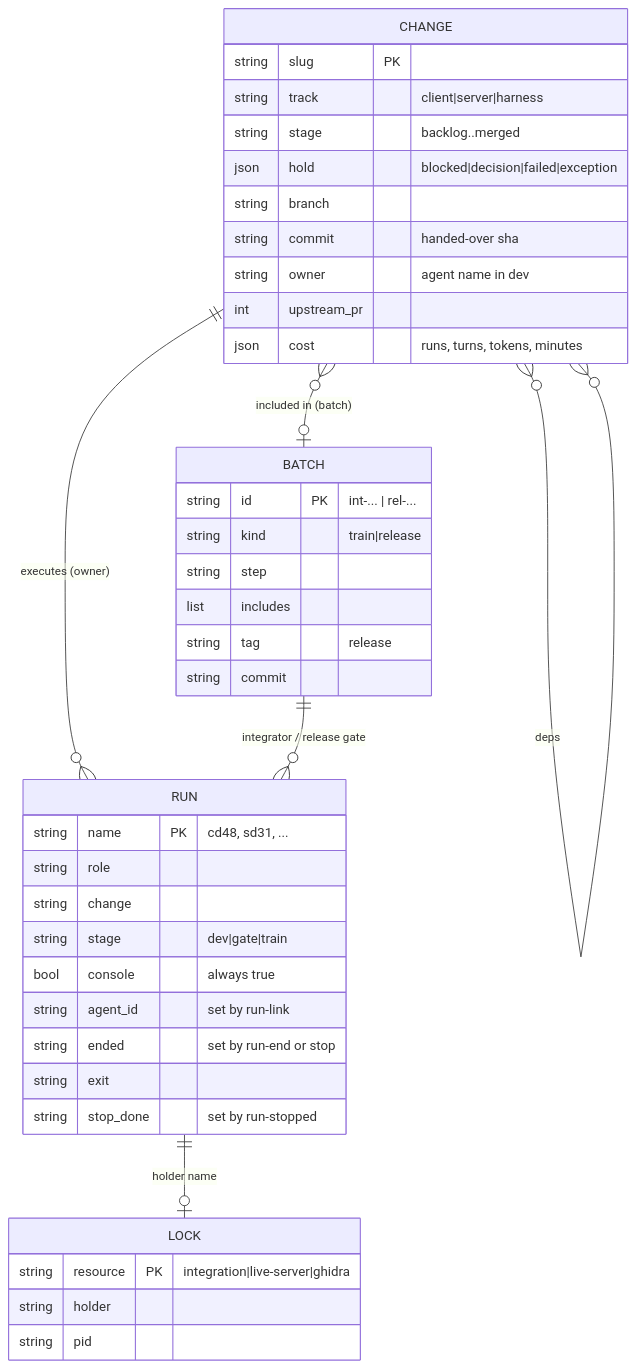
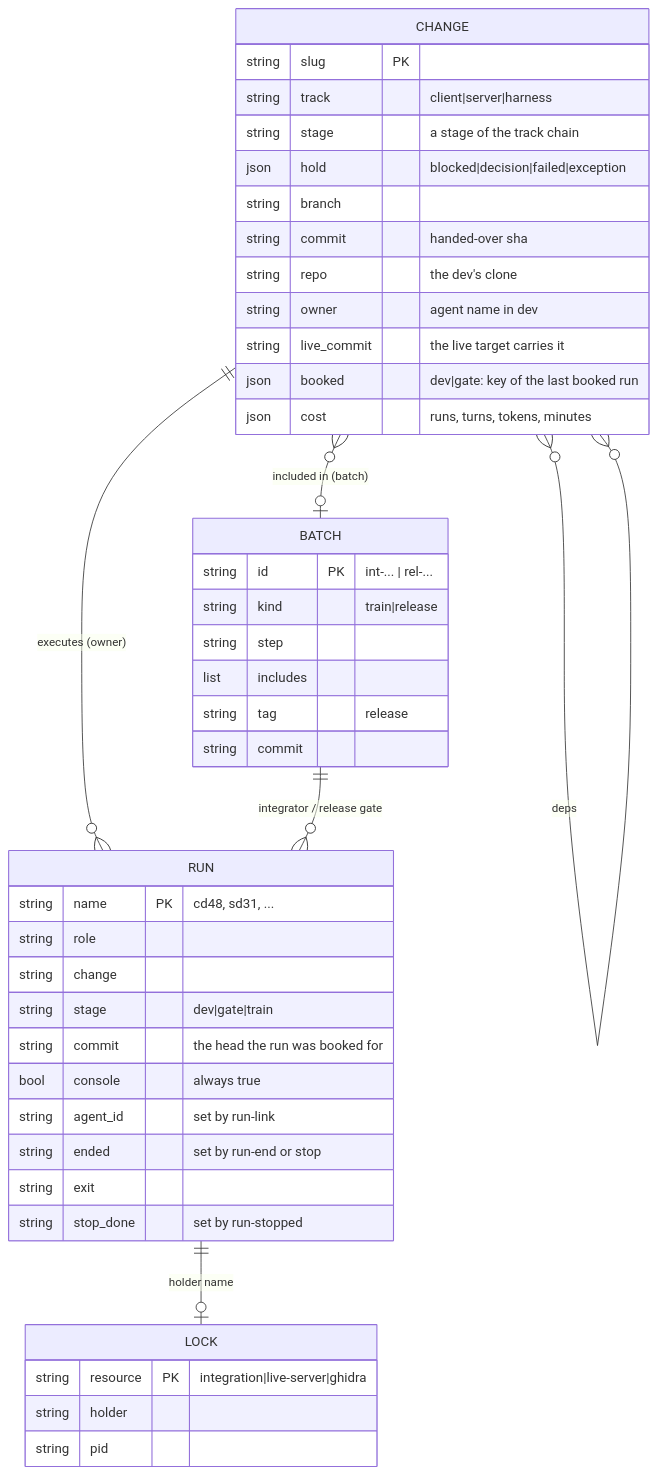
Before and after one commit to AlexPerrin/osrs-harness: the second of 7 diagrams in docs/ARCHITECTURE.md, drawn with Mermaid. The commit also changed other lines of this file and 58 other files, not shown here.

First line of the commit message:
Server lifecycle redesign: dev -> QA aggregate -> approval card -> hd contribute; the server track behind a track interface

````diff
--- a/docs/ARCHITECTURE.md
+++ b/docs/ARCHITECTURE.md
@@ -63,43 +91,46 @@
 ```mermaid
 erDiagram
   CHANGE ||--o{ RUN : "executes (owner)"
   CHANGE }o--o{ CHANGE : "deps"
   CHANGE }o--o| BATCH : "included in (batch)"
   BATCH ||--o{ RUN : "integrator / release gate"
   RUN ||--o| LOCK : "holder name"
   CHANGE {
     string slug PK
     string track "client|server|harness"
-    string stage "backlog..merged"
+    string stage "a stage of the track chain"
     json hold "blocked|decision|failed|exception"
     string branch
     string commit "handed-over sha"
+    string repo "the dev's clone"
     string owner "agent name in dev"
-    int upstream_pr
+    string live_commit "the live target carries it"
+    json booked "dev|gate: key of the last booked run"
     json cost "runs, turns, tokens, minutes"
   }
   RUN {
     string name PK "cd48, sd31, ..."
     string role
     string change
     string stage "dev|gate|train"
+    string commit "the head the run was booked for"
     bool console "always true"
     string agent_id "set by run-link"
     string ended "set by run-end or stop"
     string exit
     string stop_done "set by run-stopped"
   }
   BATCH {
     string id PK "int-... | rel-..."
     string kind "train|release"
     string step
     list includes
     string tag "release"
     string commit
   }
   LOCK {
     string resource PK "integration|live-server|ghidra"
     string holder
     string pid
   }
 ```
````
